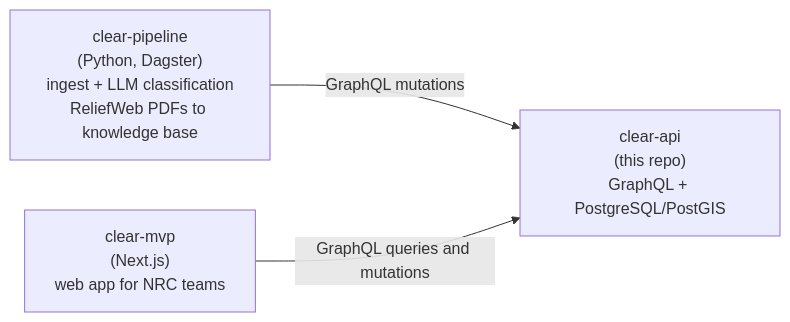
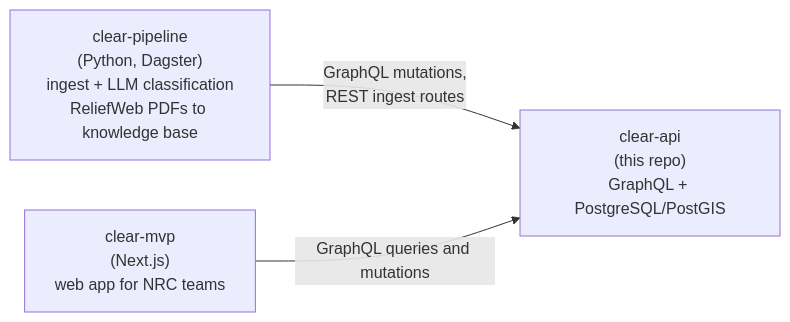
The diagram in README.md (CLEAR-Initiative/clear-api), drawn with Mermaid before and after one commit. The commit also changed other lines of this file, not shown here.

Commit message:
docs: note REST ingest routes and location-deleting seeds in README

````diff
--- a/README.md
+++ b/README.md
@@ -13,8 +13,8 @@
 ```mermaid
 flowchart LR
     P["clear-pipeline<br/>(Python, Dagster)<br/>ingest + LLM classification<br/>ReliefWeb PDFs to knowledge base"]
     A["clear-api<br/>(this repo)<br/>GraphQL + PostgreSQL/PostGIS"]
     M["clear-mvp<br/>(Next.js)<br/>web app for NRC teams"]
-    P -- "GraphQL mutations" --> A
+    P -- "GraphQL mutations,<br/>REST ingest routes" --> A
     M -- "GraphQL queries and mutations" --> A
 ```
````
